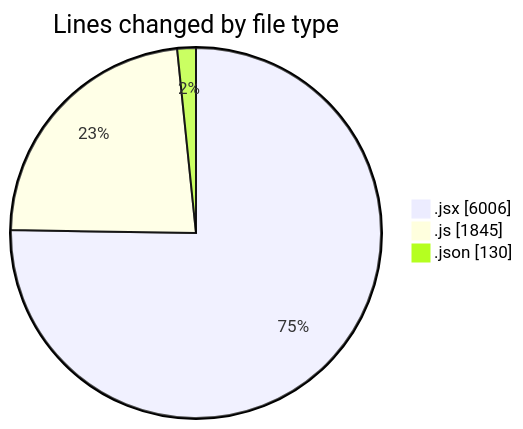
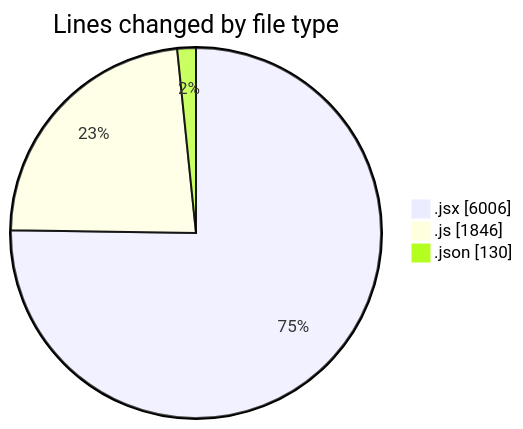
Before and after one commit to nxtqubesakshisongat/code-tracking: the first of 2 diagrams in 2025-08-06/nxtqube_webapp/README.md, drawn with Mermaid. The commit also changed other lines of this file and 1 other file, not shown here.

````diff
--- a/2025-08-06/nxtqube_webapp/README.md
+++ b/2025-08-06/nxtqube_webapp/README.md
@@ -31,7 +31,7 @@
 ```mermaid
 pie showData
 title Lines changed by file type
 ".jsx" : 6006
-".js" : 1845
+".js" : 1846
 ".json" : 130
 ```
````
